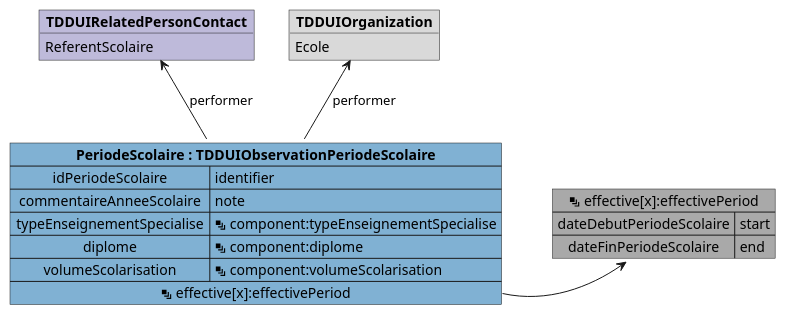
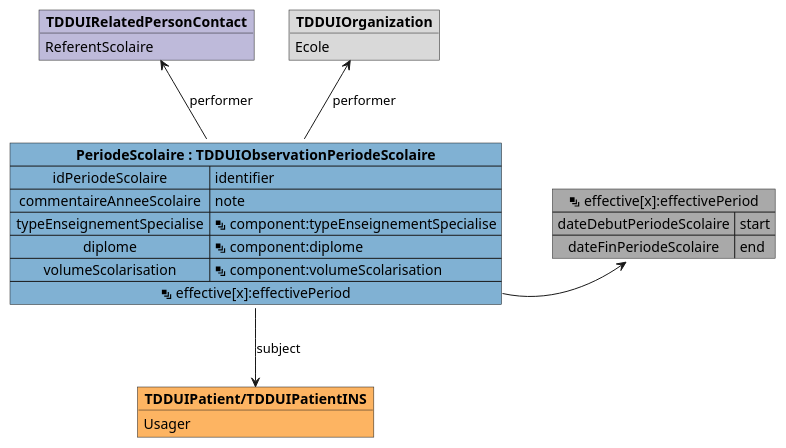
The diagram in input/images-source/mapping_TDDUIObservationPeriodeScolaire.plantuml (ansforge/IG-fhir-medicosocial-transfert-donnees-dui), drawn with PlantUML before and after one commit. The commit also changed 11 other files, not shown here.

```diff
--- a/input/images-source/mapping_TDDUIObservationPeriodeScolaire.plantuml
+++ b/input/images-source/mapping_TDDUIObservationPeriodeScolaire.plantuml
@@ -1,29 +1,34 @@
 @startuml
 
 object "**TDDUIOrganization**" as TDDUIOrganization #d9d9d9 {
     Ecole
+}
+
+object "**TDDUIPatient/TDDUIPatientINS**" as TDDUIPatient #fdb462 {
+    Usager
 }
 
 object "**TDDUIRelatedPersonContact**" as TDDUIRelatedPersonContact #bebada {
     ReferentScolaire
 }
 
 map "<&layers> effective[x]:effectivePeriod" as effectivexeffectivePeriod #DarkGray {
     dateDebutPeriodeScolaire => start
     dateFinPeriodeScolaire => end
 }
 
 map "**PeriodeScolaire : TDDUIObservationPeriodeScolaire**" as PeriodeScolaire #80b1d3 {
     idPeriodeScolaire => identifier
     commentaireAnneeScolaire => note
     typeEnseignementSpecialise => <&layers> component:typeEnseignementSpecialise
     diplome => <&layers> component:diplome
     volumeScolarisation => <&layers> component:volumeScolarisation
     <&layers> effective[x]:effectivePeriod *-> effectivexeffectivePeriod
 }
 
 PeriodeScolaire -u-> TDDUIOrganization : performer
 PeriodeScolaire -u-> TDDUIRelatedPersonContact : performer
+PeriodeScolaire --> TDDUIPatient : subject
 
 
 @enduml
```
